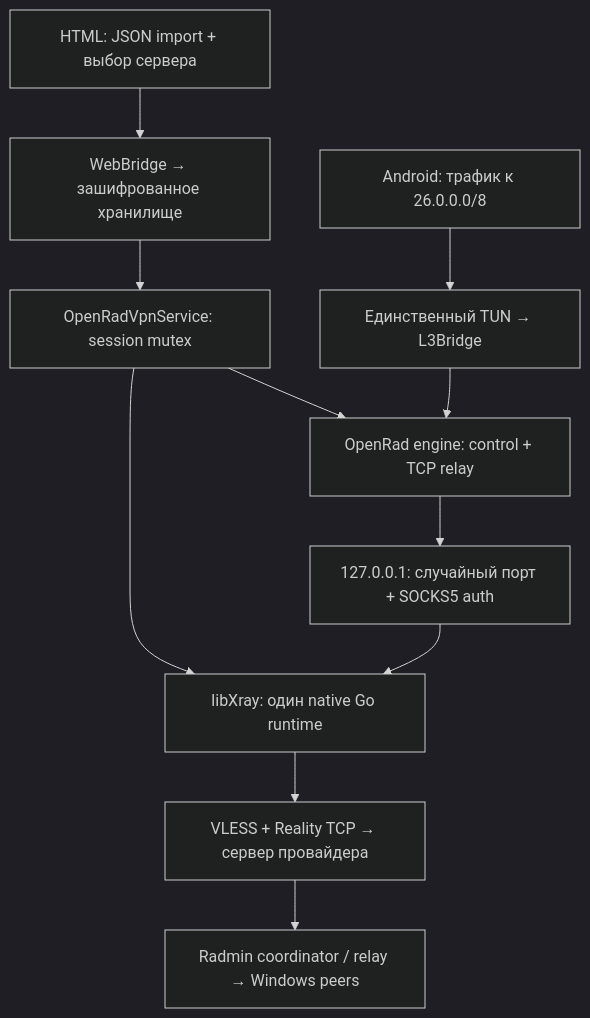
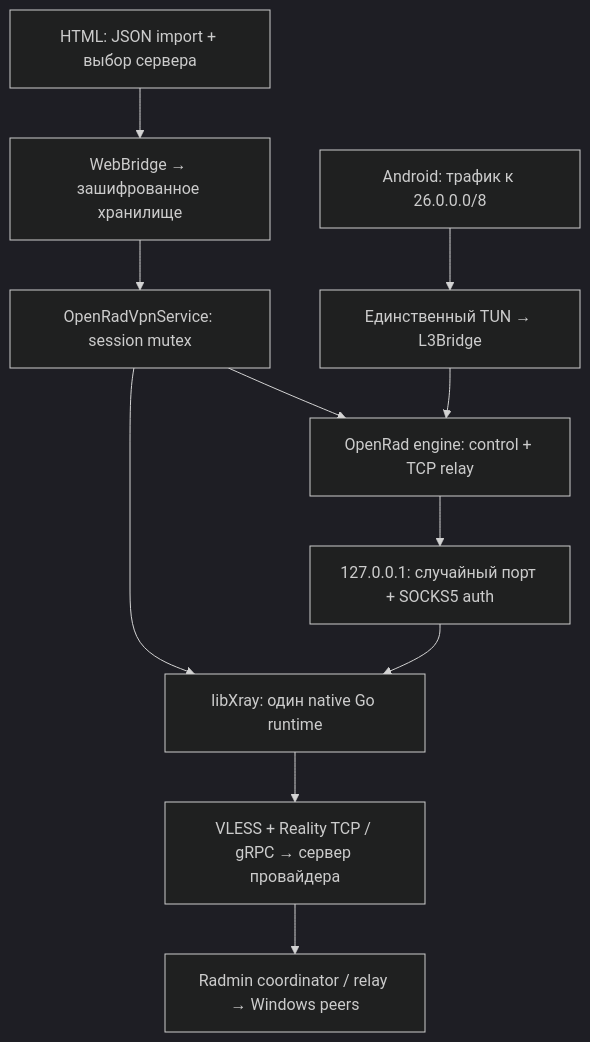
Before and after one commit to meshcheryakovaa/android_radmin_remote: the diagram in docs/XRAY-0.2.ru.md, drawn with Mermaid (dark theme). The commit also changed other lines of this file and 13 other files, not shown here.

Commit message:
fix: add Reality gRPC profiles and retire stale Xray sessions before retry

````diff
--- a/docs/XRAY-0.2.ru.md
+++ b/docs/XRAY-0.2.ru.md
@@ -5,13 +5,13 @@
 ```mermaid
 flowchart TD
   A["HTML: JSON import + выбор сервера"] --> B["WebBridge → зашифрованное хранилище"]
   B --> C["OpenRadVpnService: session mutex"]
   C --> D["libXray: один native Go runtime"]
   C --> F["OpenRad engine: control + TCP relay"]
   F --> E["127.0.0.1: случайный порт + SOCKS5 auth"]
   E --> D
-  D --> G["VLESS + Reality TCP → сервер провайдера"]
+  D --> G["VLESS + Reality TCP / gRPC → сервер провайдера"]
   G --> H["Radmin coordinator / relay → Windows peers"]
   I["Android: трафик к 26.0.0.0/8"] --> J["Единственный TUN → L3Bridge"]
   J --> F
 ```
````
